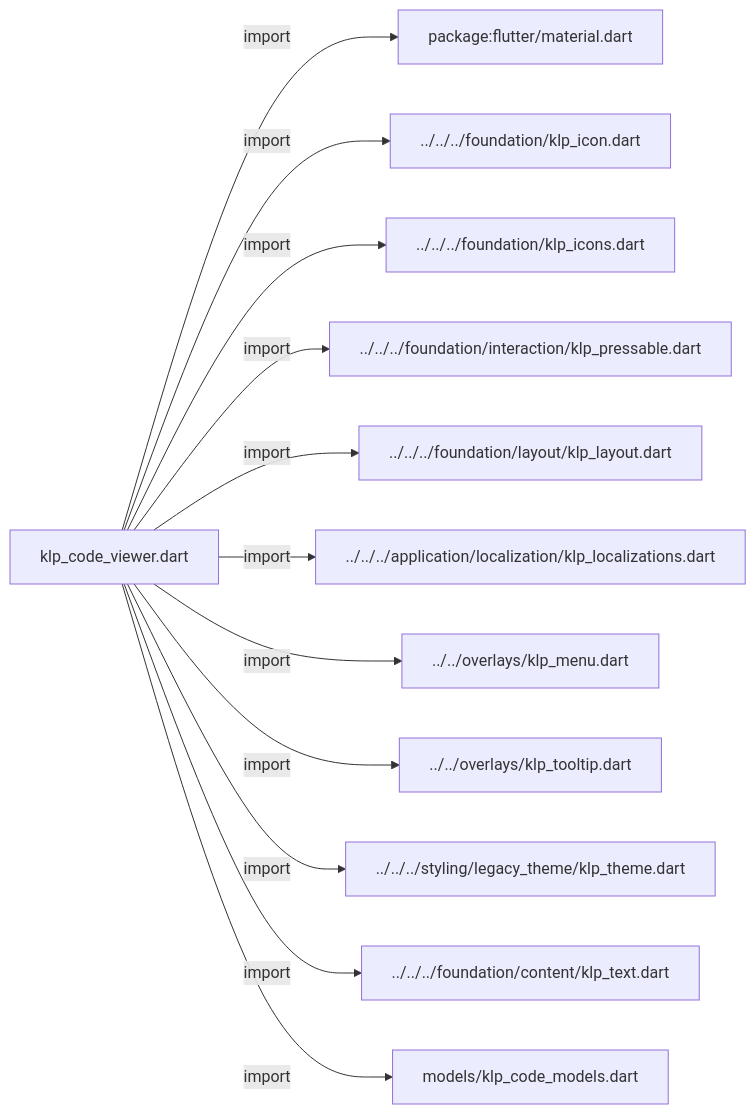
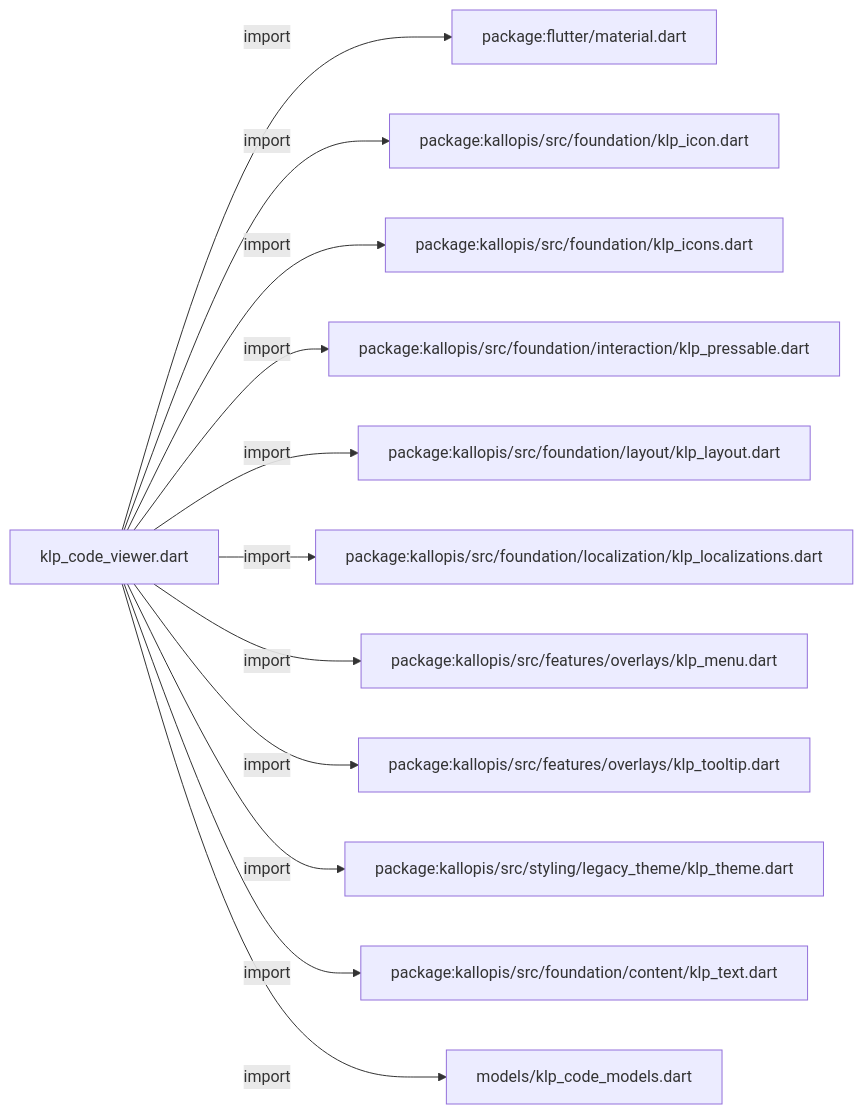
One commit to MiuDog/Kallopis changed the first of 3 diagrams in docs/architecture/src/features/collections/code/klp_code_viewer.md. Above: the diagram before and after it, drawn with Mermaid. The commit also changed other lines of this file and 9688 other files, not shown here.

Commit message:
Prepare isolated Flow F2 peer baseline

````diff
--- a/docs/architecture/src/features/collections/code/klp_code_viewer.md
+++ b/docs/architecture/src/features/collections/code/klp_code_viewer.md
@@ -11,26 +11,26 @@
 ```mermaid
 flowchart LR
 	n0["klp_code_viewer.dart"]
 	n1["package:flutter/material.dart"]
-	n2["../../../foundation/klp_icon.dart"]
-	n3["../../../foundation/klp_icons.dart"]
-	n4["../../../foundation/interaction/klp_pressable.dart"]
-	n5["../../../foundation/layout/klp_layout.dart"]
-	n6["../../../application/localization/klp_localizations.dart"]
-	n7["../../overlays/klp_menu.dart"]
-	n8["../../overlays/klp_tooltip.dart"]
-	n9["../../../styling/legacy_theme/klp_theme.dart"]
-	n10["../../../foundation/content/klp_text.dart"]
+	n2["package:kallopis/src/foundation/klp_icon.dart"]
+	n3["package:kallopis/src/foundation/klp_icons.dart"]
+	n4["package:kallopis/src/foundation/interaction/klp_pressable.dart"]
+	n5["package:kallopis/src/foundation/layout/klp_layout.dart"]
+	n6["package:kallopis/src/foundation/localization/klp_localizations.dart"]
+	n7["package:kallopis/src/features/overlays/klp_menu.dart"]
+	n8["package:kallopis/src/features/overlays/klp_tooltip.dart"]
+	n9["package:kallopis/src/styling/legacy_theme/klp_theme.dart"]
+	n10["package:kallopis/src/foundation/content/klp_text.dart"]
 	n11["models/klp_code_models.dart"]
 	n0 -->|"import"| n1
 	n0 -->|"import"| n2
 	n0 -->|"import"| n3
 	n0 -->|"import"| n4
 	n0 -->|"import"| n5
 	n0 -->|"import"| n6
 	n0 -->|"import"| n7
 	n0 -->|"import"| n8
 	n0 -->|"import"| n9
 	n0 -->|"import"| n10
 	n0 -->|"import"| n11
 ```
````
